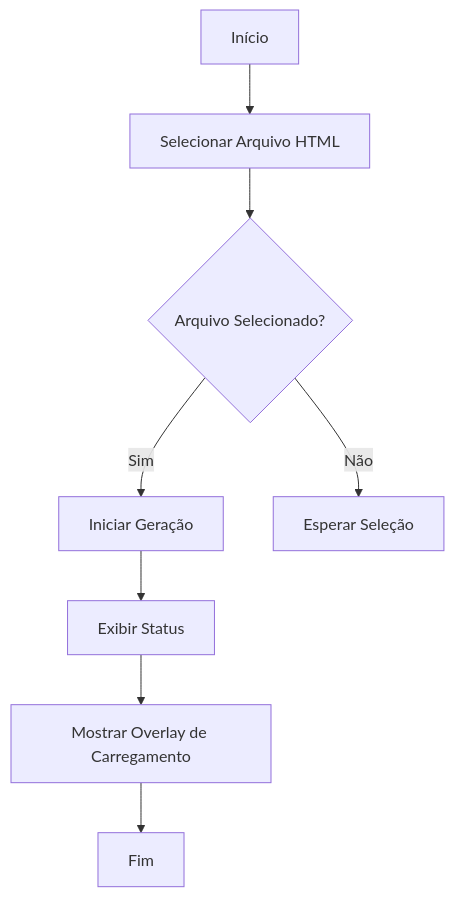
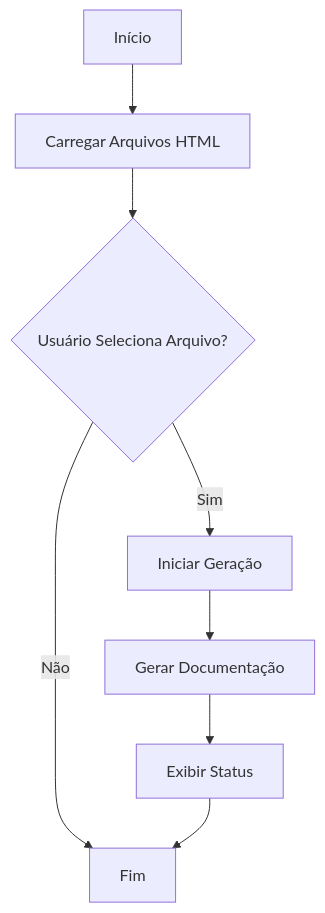
The first of 2 diagrams in documentacao/documentacao_bruta_documentador.html.md (Dotter-Brasil/modelo-ci-cd-versionamento), drawn with Mermaid before and after one commit. The commit also changed other lines of this file and 11 other files, not shown here.

````diff
--- a/documentacao/documentacao_bruta_documentador.html.md
+++ b/documentacao/documentacao_bruta_documentador.html.md
@@ -35,10 +29,10 @@
 ```mermaid
 flowchart TD
-    A[Início] --> B[Selecionar Arquivo HTML]
-    B --> C{Arquivo Selecionado?}
+    A[Início] --> B[Carregar Arquivos HTML]
+    B --> C{Usuário Seleciona Arquivo?}
     C -->|Sim| D[Iniciar Geração]
-    C -->|Não| E[Esperar Seleção]
-    D --> F[Exibir Status]
-    F --> G[Mostrar Overlay de Carregamento]
-    G --> H[Fim]
+    C -->|Não| E[Fim]
+    D --> F[Gerar Documentação]
+    F --> G[Exibir Status]
+    G --> E
 ```
````
